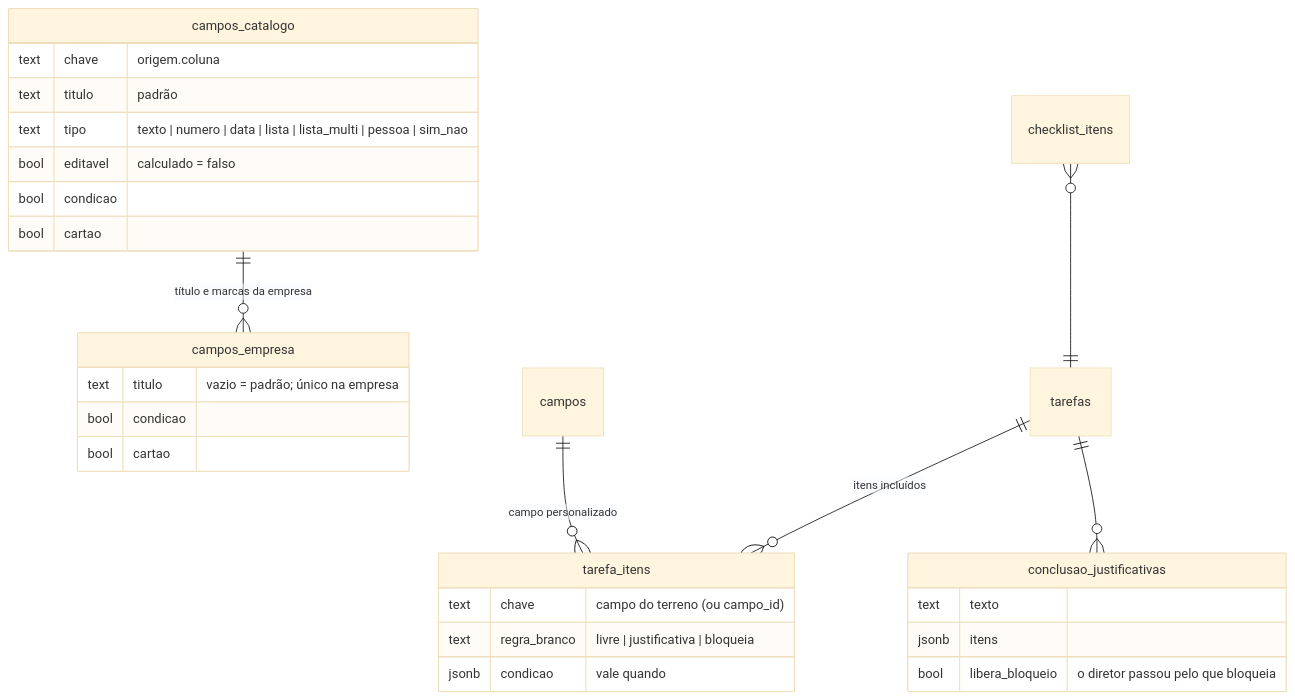
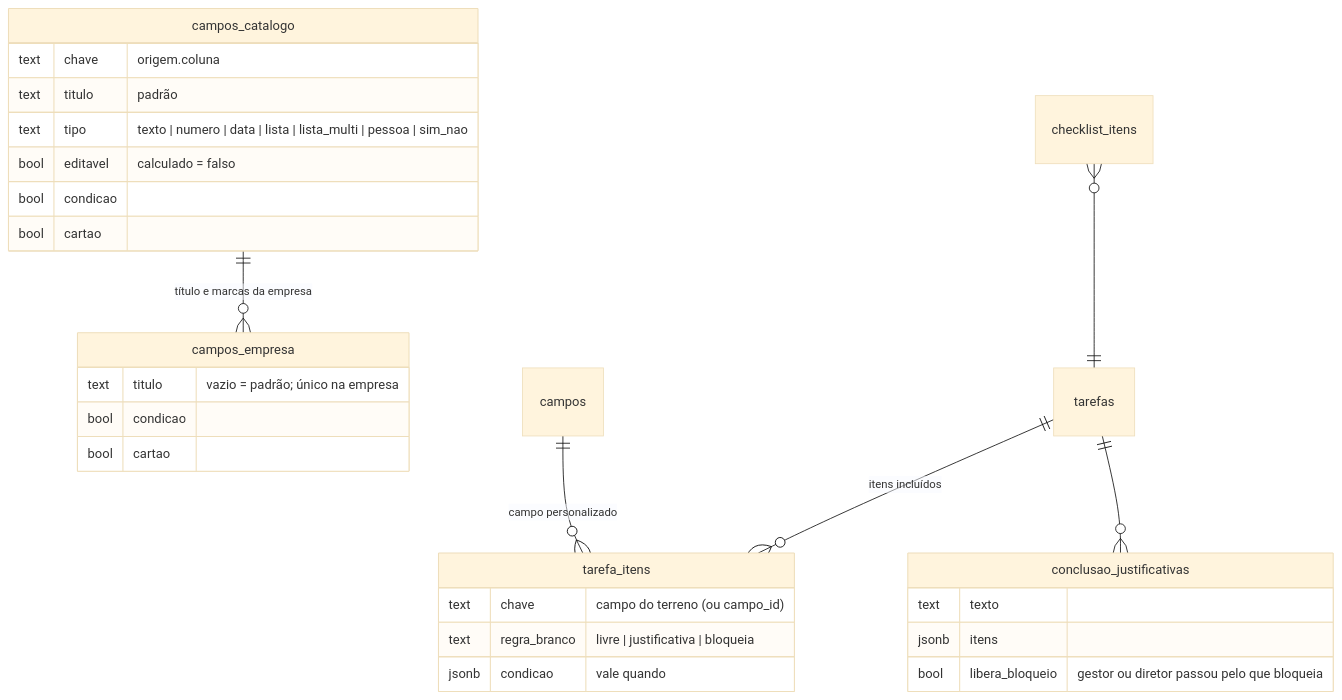
One commit to Mbekerman/bkm_terrenos-claude changed diagram 13 of 19 in docs/modelo.md. Above: the diagram before and after it, drawn with Mermaid (base theme). The commit also changed other lines of this file and 6 other files, not shown here.

First line of the commit message:
Item que bloqueia no cartão: gestor e diretor concluem com justificativa, como no funil

````diff
--- a/docs/modelo.md
+++ b/docs/modelo.md
@@ -958,31 +958,31 @@
 ```mermaid
 erDiagram
   campos_catalogo ||--o{ campos_empresa : "título e marcas da empresa"
   tarefas ||--o{ tarefa_itens : "itens incluídos"
   campos ||--o{ tarefa_itens : "campo personalizado"
   checklist_itens }o--|| tarefas : ""
   tarefas ||--o{ conclusao_justificativas : ""
   campos_catalogo {
     text chave "origem.coluna"
     text titulo "padrão"
     text tipo "texto | numero | data | lista | lista_multi | pessoa | sim_nao"
     bool editavel "calculado = falso"
     bool condicao
     bool cartao
   }
   campos_empresa {
     text titulo "vazio = padrão; único na empresa"
     bool condicao
     bool cartao
   }
   tarefa_itens {
     text chave "campo do terreno (ou campo_id)"
     text regra_branco "livre | justificativa | bloqueia"
     jsonb condicao "vale quando"
   }
   conclusao_justificativas {
     text texto
     jsonb itens
-    bool libera_bloqueio "o diretor passou pelo que bloqueia"
+    bool libera_bloqueio "gestor ou diretor passou pelo que bloqueia"
   }
 ```
````
